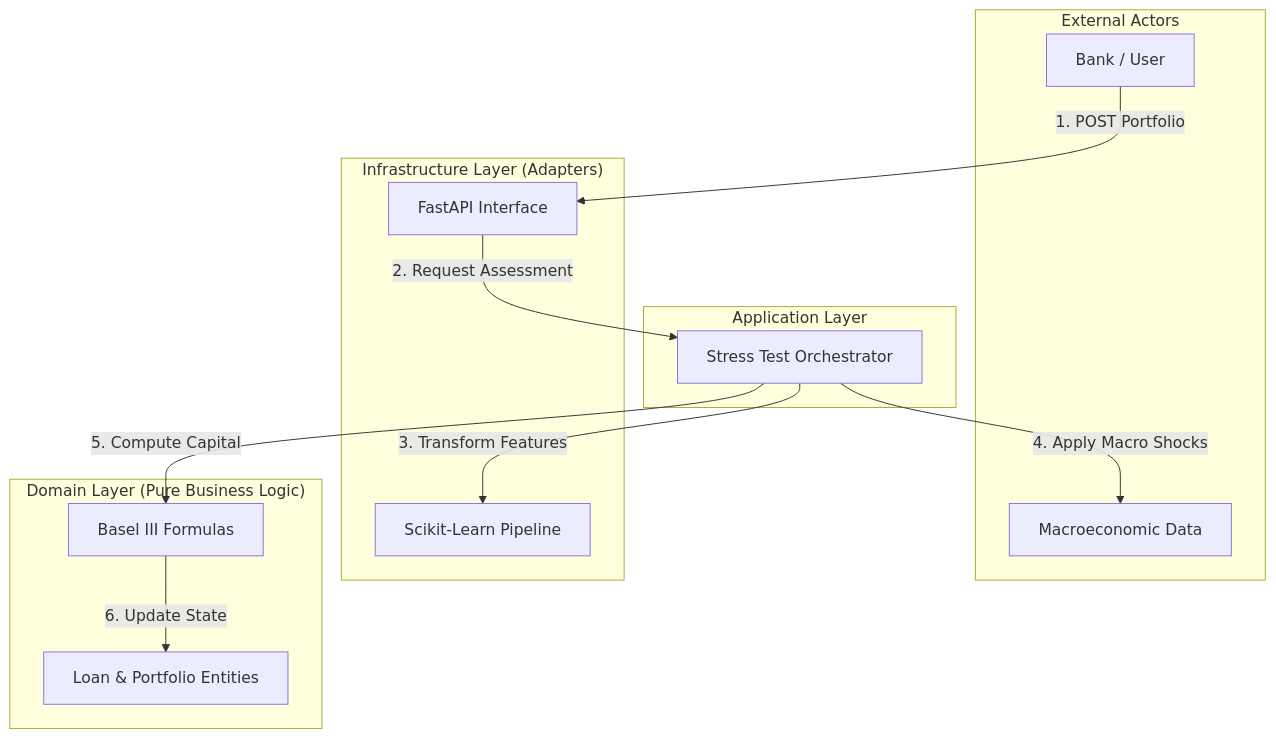
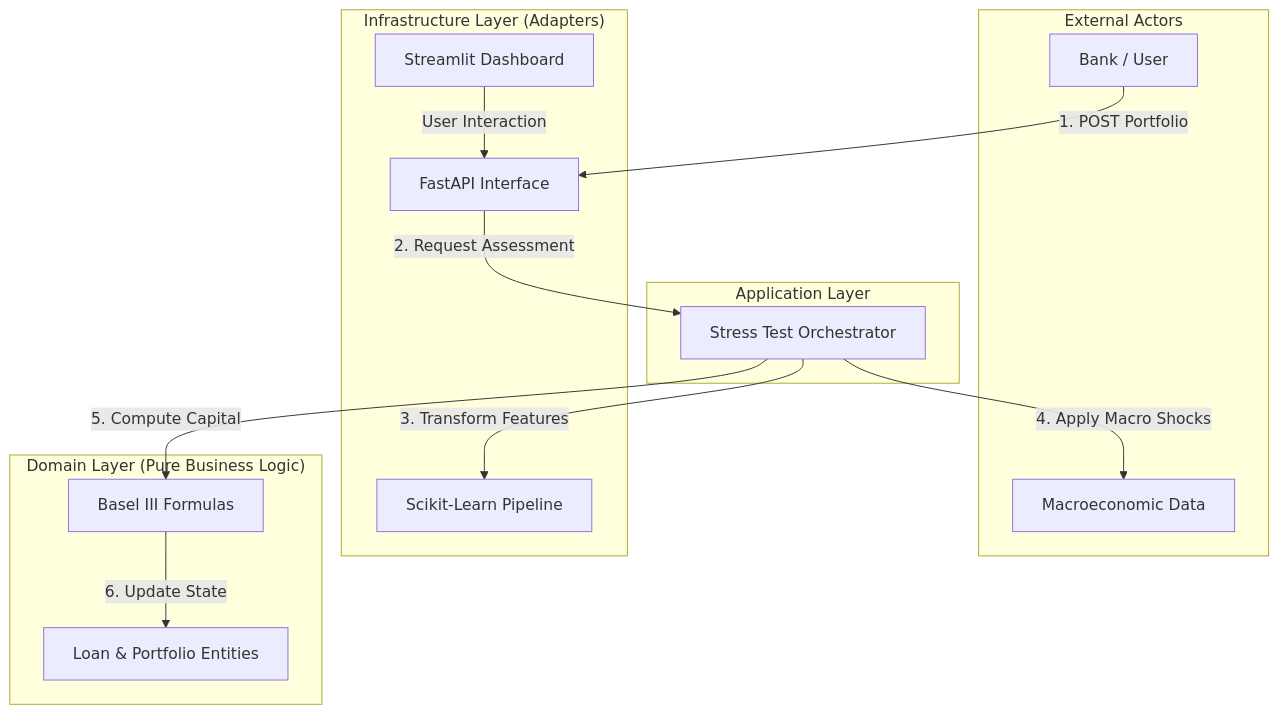
One commit to 0xMassyl/prudentia-risk-engine changed the diagram in README.md. Above: the diagram before and after it, drawn with Mermaid. The commit also changed other lines of this file, not shown here.

````diff
--- a/README.md
+++ b/README.md
@@ -55,28 +76,30 @@
 ```mermaid
 graph TD
     subgraph "External Actors"
         Client[Bank / User]
         Macro[Macroeconomic Data]
     end
 
     subgraph "Infrastructure Layer (Adapters)"
         API[FastAPI Interface]
+        UI[Streamlit Dashboard]
         ML[Scikit-Learn Pipeline]
     end
 
     subgraph "Application Layer"
         Stressor[Stress Test Orchestrator]
     end
 
     subgraph "Domain Layer (Pure Business Logic)"
         Entity[Loan & Portfolio Entities]
         Basel[Basel III Formulas]
     end
 
+    UI -->|User Interaction| API
     Client -->|1. POST Portfolio| API
     API -->|2. Request Assessment| Stressor
     Stressor -->|3. Transform Features| ML
     Stressor -->|4. Apply Macro Shocks| Macro
     Stressor -->|5. Compute Capital| Basel
     Basel -->|6. Update State| Entity
 ```
````
